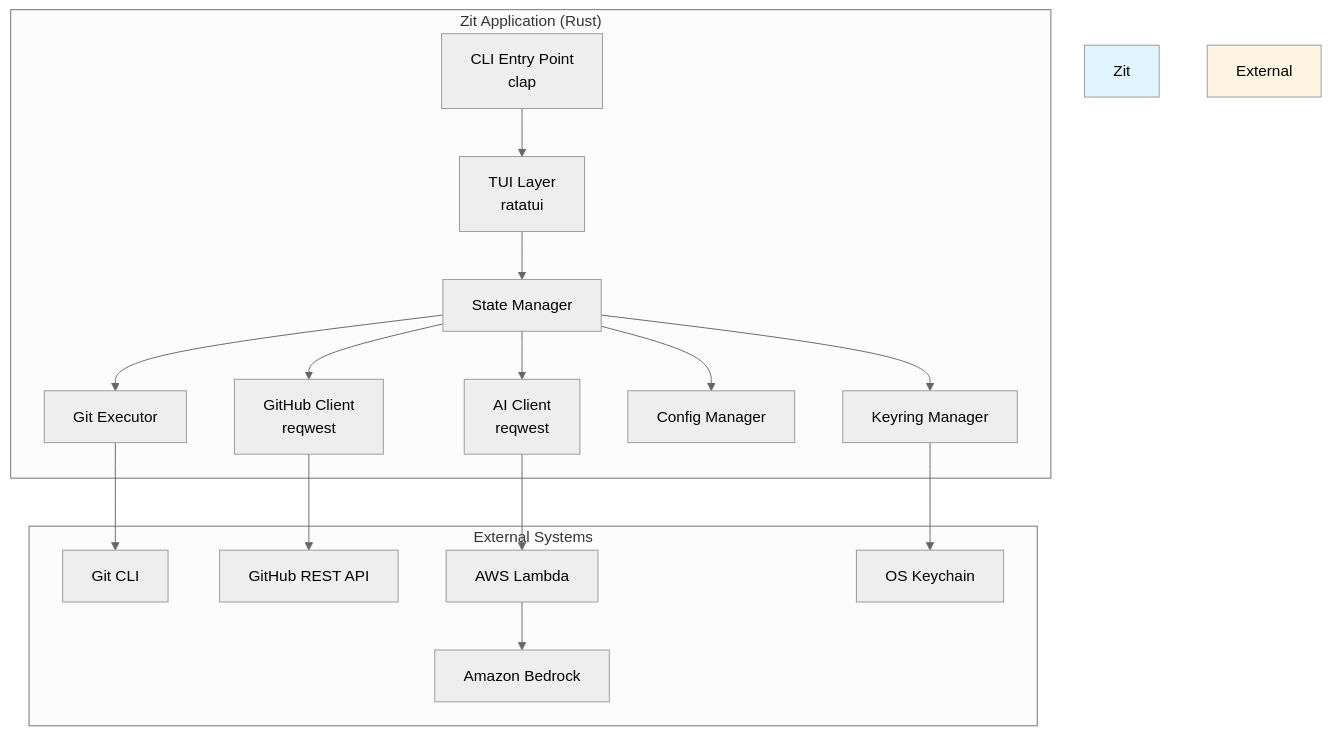
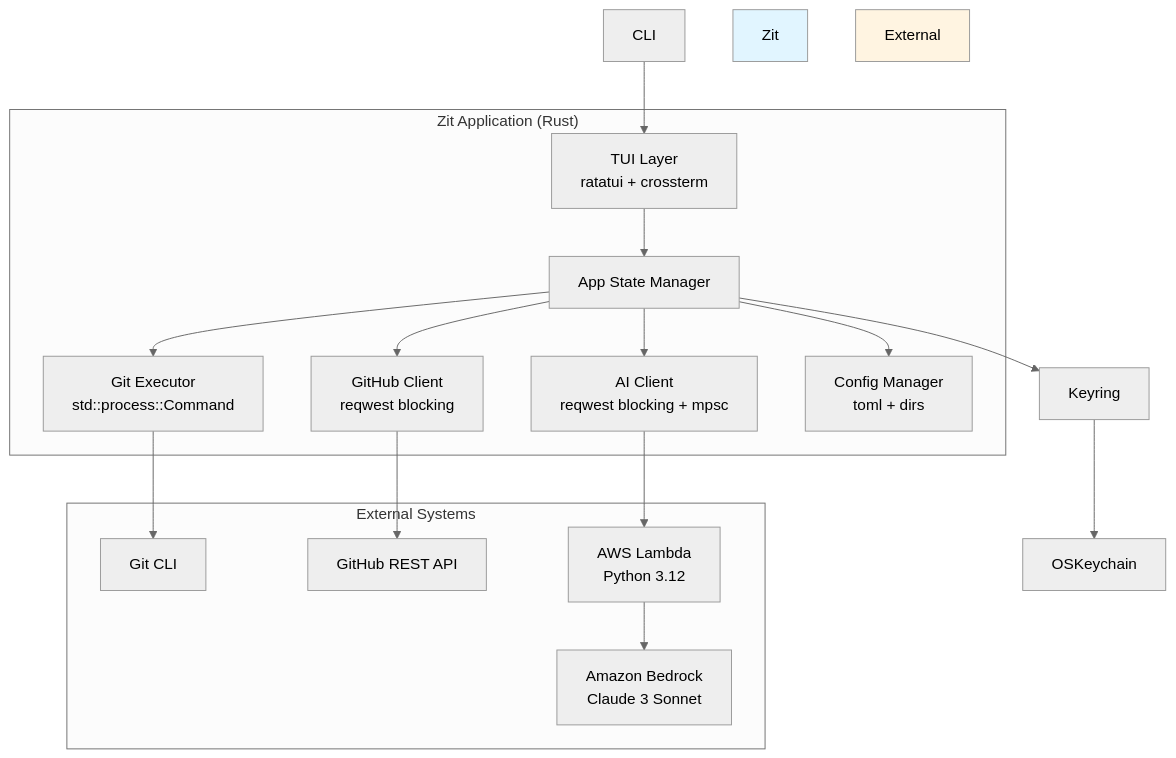
The diagram in design.md (xpushkal/zit), drawn with Mermaid (neutral theme) before and after one commit. The commit also changed other lines of this file and 937 other files, not shown here.

Commit message:
feat:aws config and file update

````diff
--- a/design.md
+++ b/design.md
@@ -35,38 +35,35 @@
 ```mermaid
 graph TB
     subgraph "Zit Application (Rust)"
-        CLI[CLI Entry Point<br/>clap]
-        TUI[TUI Layer<br/>ratatui]
-        State[State Manager]
-        Git[Git Executor]
-        GitHub[GitHub Client<br/>reqwest]
-        AI[AI Client<br/>reqwest]
-        Config[Config Manager]
-        Keyring[Keyring Manager]
+        TUI[TUI Layer<br/>ratatui + crossterm]
+        State[App State Manager]
+        Git[Git Executor<br/>std::process::Command]
+        GitHub[GitHub Client<br/>reqwest blocking]
+        AI[AI Client<br/>reqwest blocking + mpsc]
+        Config[Config Manager<br/>toml + dirs]
     end
     
     subgraph "External Systems"
         GitCLI[Git CLI]
         GitHubAPI[GitHub REST API]
-        Lambda[AWS Lambda]
-        Bedrock[Amazon Bedrock]
-        OSKeychain[OS Keychain]
+        Lambda[AWS Lambda<br/>Python 3.12]
+        Bedrock[Amazon Bedrock<br/>Claude 3 Sonnet]
     end
     
     CLI --> TUI
     TUI --> State
     State --> Git
     State --> GitHub
     State --> AI
     State --> Config
     State --> Keyring
     
     Git --> GitCLI
     GitHub --> GitHubAPI
     AI --> Lambda
     Lambda --> Bedrock
     Keyring --> OSKeychain
     
     style Zit fill:#e1f5ff
     style External fill:#fff4e1
 ```
````
